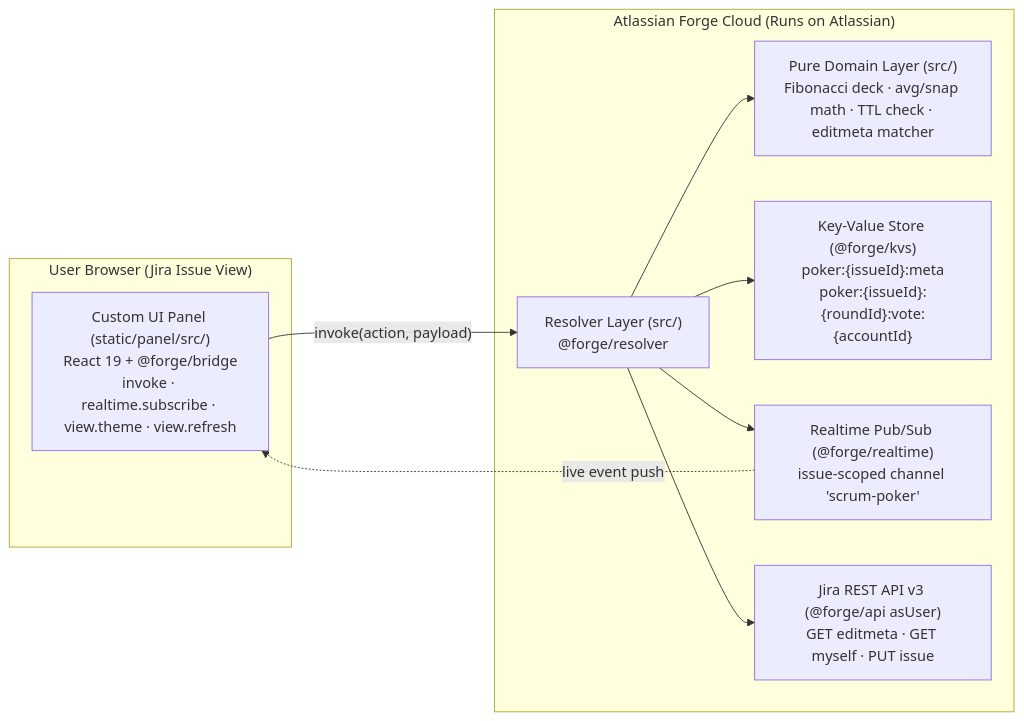
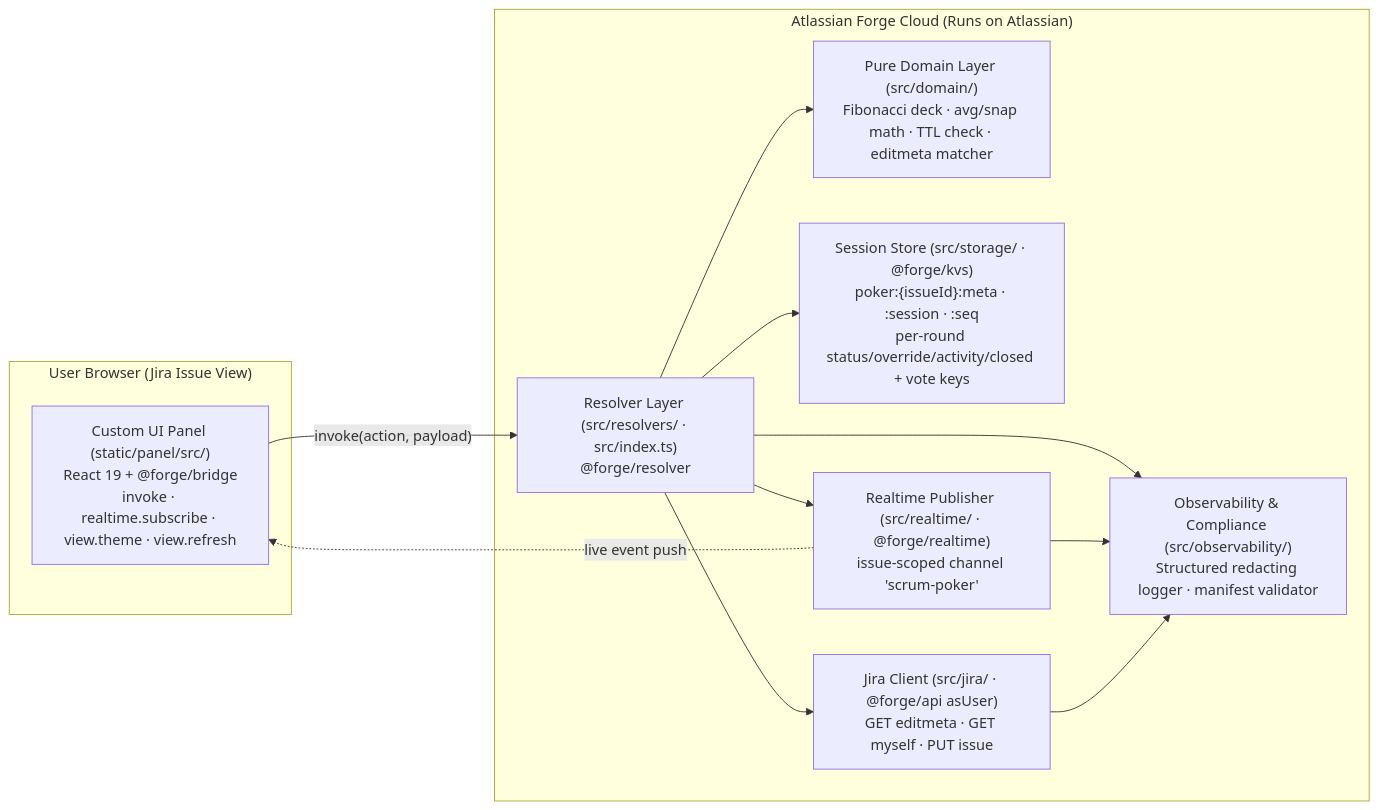
The diagram in .lintel/steering/architecture.md (edipal/jira-scrum-poker), drawn with Mermaid before and after one commit. The commit also changed other lines of this file and 48 other files, not shown here.

First line of the commit message:
feat: implement Scrum Poker for Jira Cloud on Atlassian Forge (#1)

````diff
--- a/.lintel/steering/architecture.md
+++ b/.lintel/steering/architecture.md
@@ -7,19 +7,23 @@
 ```mermaid
 flowchart LR
   subgraph browser["User Browser (Jira Issue View)"]
     ui["Custom UI Panel (static/panel/src/)<br/>React 19 + @forge/bridge<br/>invoke · realtime.subscribe · view.theme · view.refresh"]
   end
   subgraph forge["Atlassian Forge Cloud (Runs on Atlassian)"]
-    res["Resolver Layer (src/)<br/>@forge/resolver"]
-    dom["Pure Domain Layer (src/)<br/>Fibonacci deck · avg/snap math · TTL check · editmeta matcher"]
-    kvs["Key-Value Store (@forge/kvs)<br/>poker:{issueId}:meta<br/>poker:{issueId}:{roundId}:vote:{accountId}"]
-    rt["Realtime Pub/Sub (@forge/realtime)<br/>issue-scoped channel 'scrum-poker'"]
-    jira["Jira REST API v3 (@forge/api asUser)<br/>GET editmeta · GET myself · PUT issue"]
+    res["Resolver Layer (src/resolvers/ · src/index.ts)<br/>@forge/resolver"]
+    dom["Pure Domain Layer (src/domain/)<br/>Fibonacci deck · avg/snap math · TTL check · editmeta matcher"]
+    obs["Observability & Compliance (src/observability/)<br/>Structured redacting logger · manifest validator"]
+    kvs["Session Store (src/storage/ · @forge/kvs)<br/>poker:{issueId}:meta · :session · :seq<br/>per-round status/override/activity/closed + vote keys"]
+    rt["Realtime Publisher (src/realtime/ · @forge/realtime)<br/>issue-scoped channel 'scrum-poker'"]
+    jira["Jira Client (src/jira/ · @forge/api asUser)<br/>GET editmeta · GET myself · PUT issue"]
   end
   ui -- "invoke(action, payload)" --> res
   rt -. "live event push" .-> ui
   res --> dom
   res --> kvs
   res --> rt
   res --> jira
+  res --> obs
+  rt --> obs
+  jira --> obs
 ```
````
